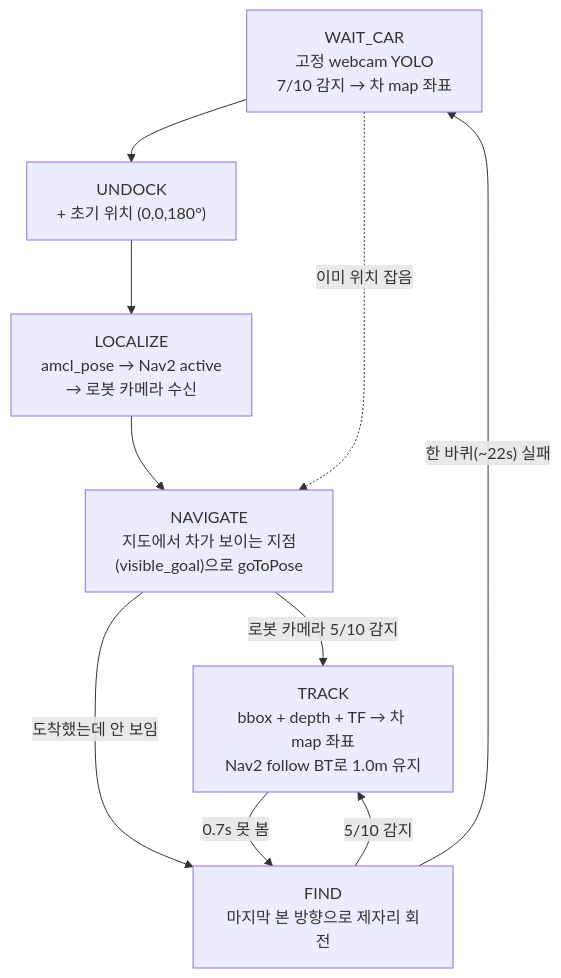
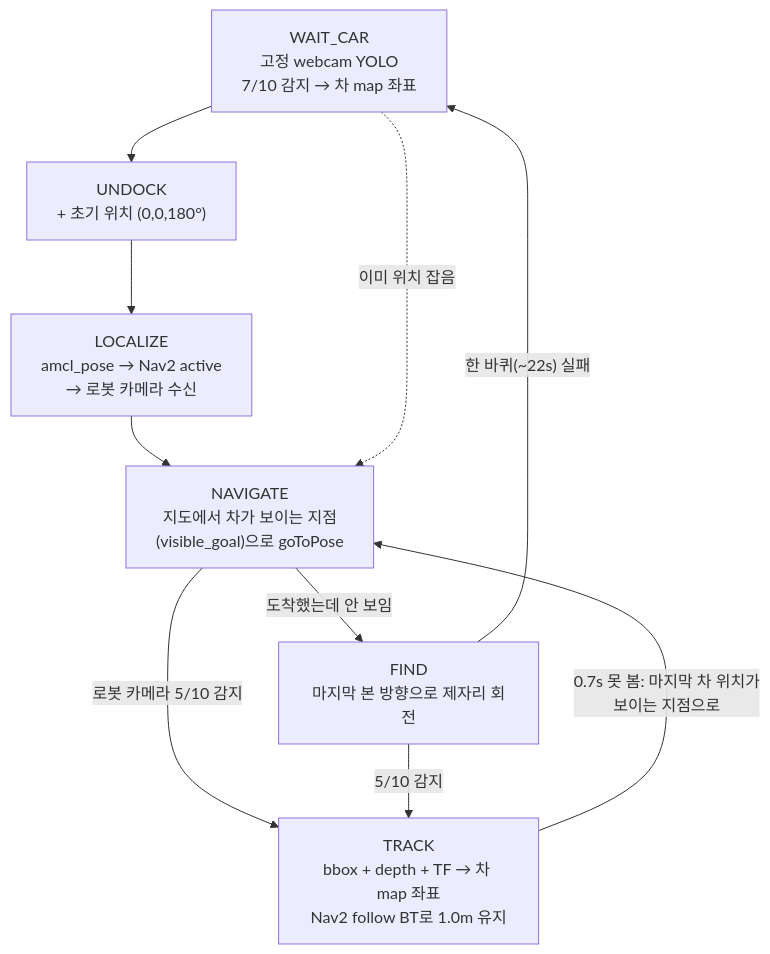
One commit to choicsh/cobot4_ws_miniproject changed the first of 5 diagrams in docs/algorithm.md. Above: the diagram before and after it, drawn with Mermaid. The commit also changed other lines of this file and 3 other files, not shown here.

````diff
--- a/docs/algorithm.md
+++ b/docs/algorithm.md
@@ -9,12 +9,12 @@
 ```mermaid
 flowchart TD
     W["WAIT_CAR<br/>고정 webcam YOLO<br/>7/10 감지 → 차 map 좌표"] --> U["UNDOCK<br/>+ 초기 위치 (0,0,180°)"]
     U --> L["LOCALIZE<br/>amcl_pose → Nav2 active<br/>→ 로봇 카메라 수신"]
     L --> N["NAVIGATE<br/>지도에서 차가 보이는 지점<br/>(visible_goal)으로 goToPose"]
     N -->|"로봇 카메라 5/10 감지"| T["TRACK<br/>bbox + depth + TF → 차 map 좌표<br/>Nav2 follow BT로 1.0m 유지"]
     N -->|"도착했는데 안 보임"| F["FIND<br/>마지막 본 방향으로 제자리 회전"]
-    T -->|"0.7s 못 봄"| F
+    T -->|"0.7s 못 봄: 마지막 차 위치가<br/>보이는 지점으로"| N
     F -->|"5/10 감지"| T
     F -->|"한 바퀴(~22s) 실패"| W
     W -.->|"이미 위치 잡음"| N
 ```
````
